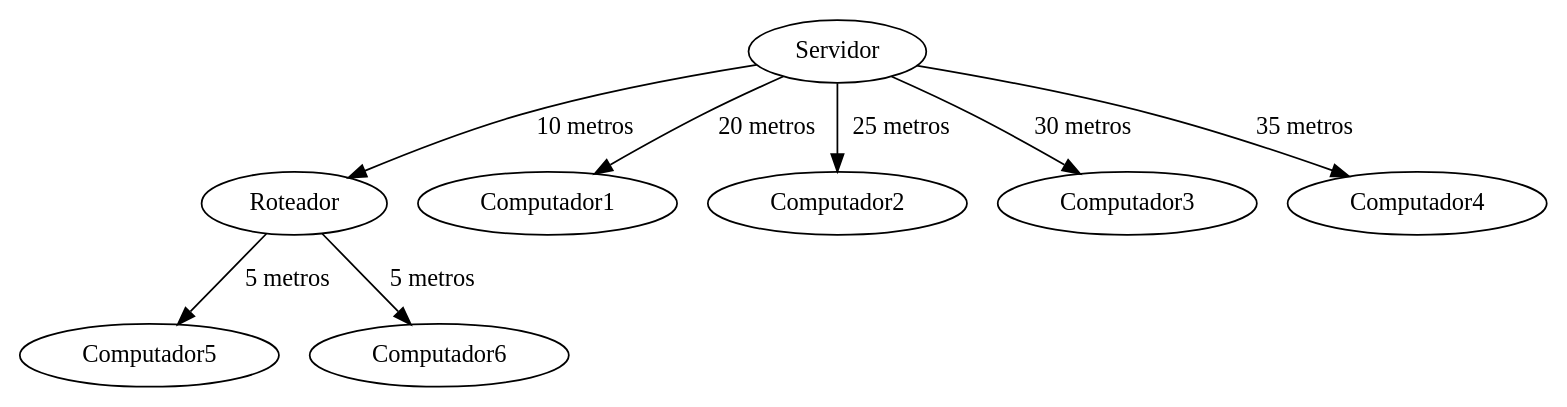
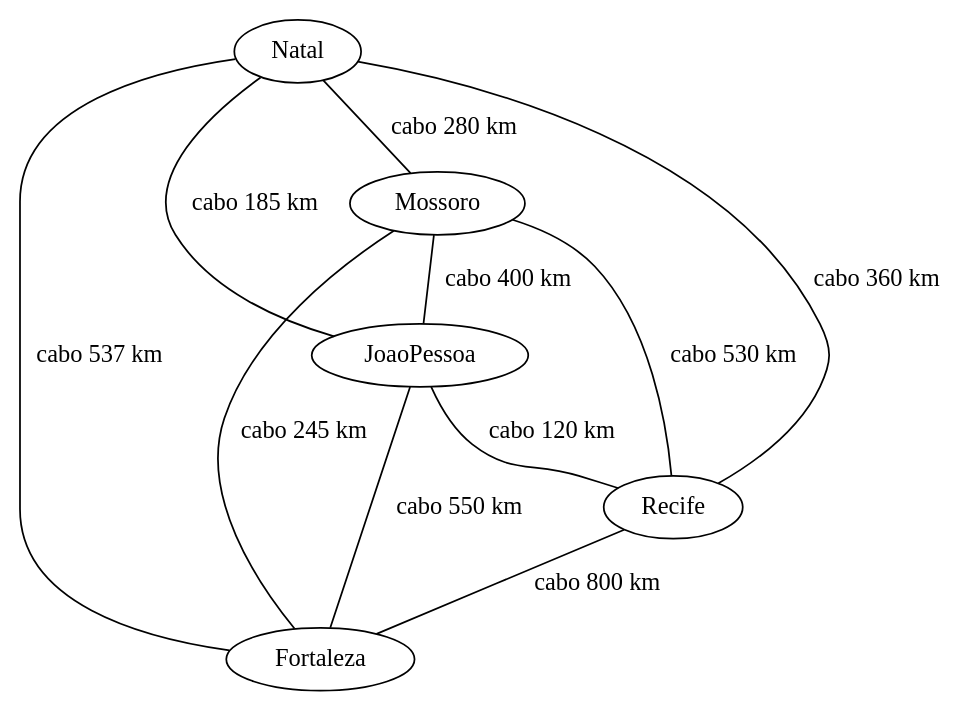
The diagram in q2_6_rede.dot (davigledson/graph_studies), drawn with Graphviz before and after one commit. The commit also changed 16 other files, not shown here.

```diff
--- a/q2_6_rede.dot
+++ b/q2_6_rede.dot
@@ -1,15 +1,16 @@
-digraph G {
-    
-Servidor -> Roteador [label="10 metros"];
-Servidor -> Computador1[label="20 metros"];
-Servidor -> Computador2[label="25 metros"];
-Servidor -> Computador3[label="30 metros"];
-Servidor -> Computador4[label="35 metros"];
+graph Rede {
 
+    Natal -- Mossoro [label="cabo 280 km"];
+    Natal -- JoaoPessoa [label="cabo 185 km"];
+    Natal -- Recife [label="cabo 360 km"];
+    Natal -- Fortaleza [label="cabo 537 km"];
 
-Roteador -> Computador5 [label="5 metros"];
-Roteador -> Computador6 [label="5 metros"];
+    Mossoro -- JoaoPessoa [label="cabo 400 km"];
+    Mossoro -- Recife [label="cabo 530 km"];
+    Mossoro -- Fortaleza [label="cabo 245 km"];
 
+    JoaoPessoa -- Recife [label="cabo 120 km"];
+    JoaoPessoa -- Fortaleza [label="cabo 550 km"];
 
-
+    Recife -- Fortaleza [label="cabo 800 km"];
 }
```
